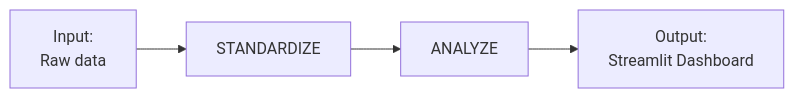
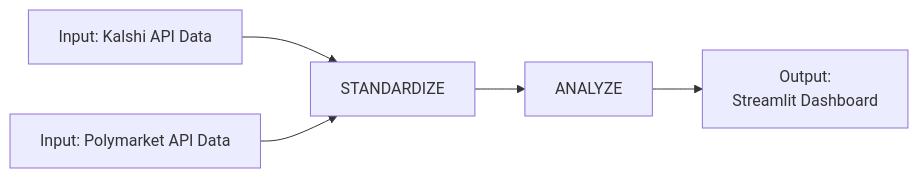
Before and after one commit to datik01/SYSEN5381-DSAI: the diagram in 03_query_ai/process_diagram.md, drawn with Mermaid.

Commit message:
process_diagram: two parallel inputs (Kalshi, Polymarket API)

````diff
--- a/03_query_ai/process_diagram.md
+++ b/03_query_ai/process_diagram.md
@@ -1,6 +1,7 @@
 ```mermaid
 flowchart LR
-    A[Input:<br>Raw data] --> B[STANDARDIZE]
-    B --> C[ANALYZE]
-    C --> D[Output:<br>Streamlit Dashboard]
+    A[Input: Kalshi API Data] --> B[STANDARDIZE]
+    C[Input: Polymarket API Data] --> B
+    B --> D[ANALYZE]
+    D --> E[Output:<br>Streamlit Dashboard]
 ```
````
